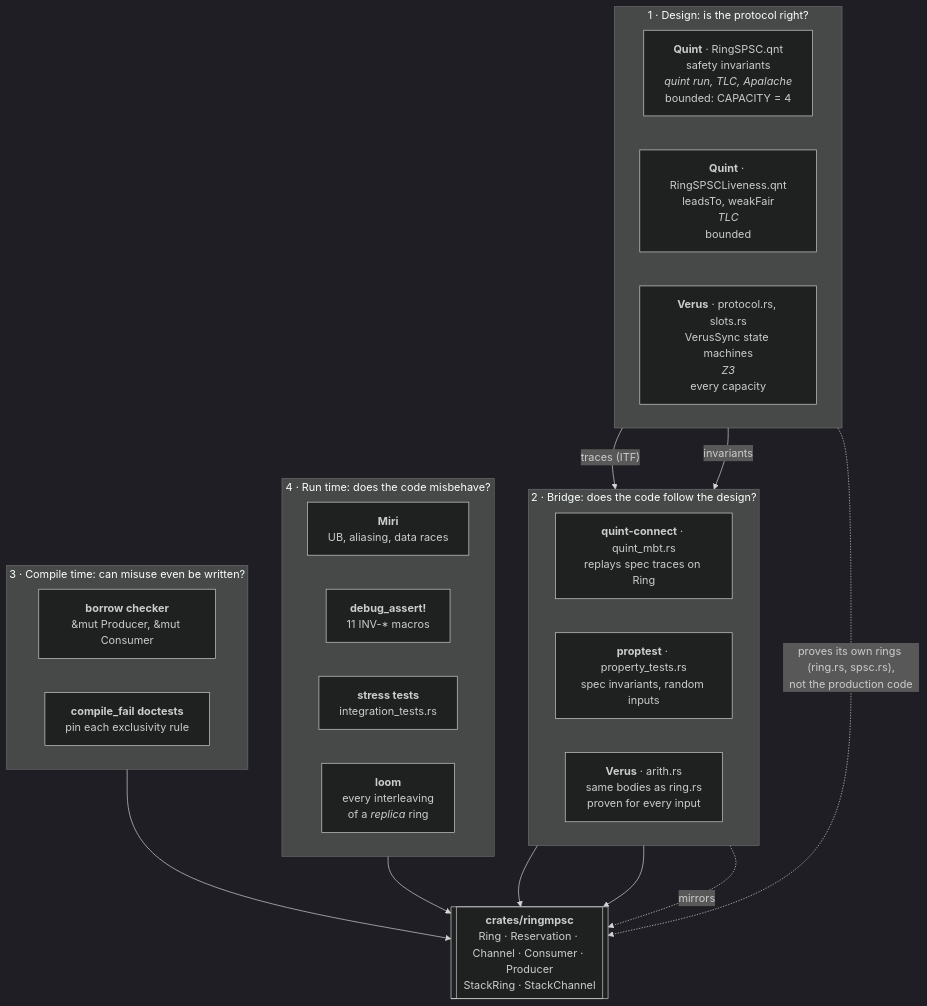
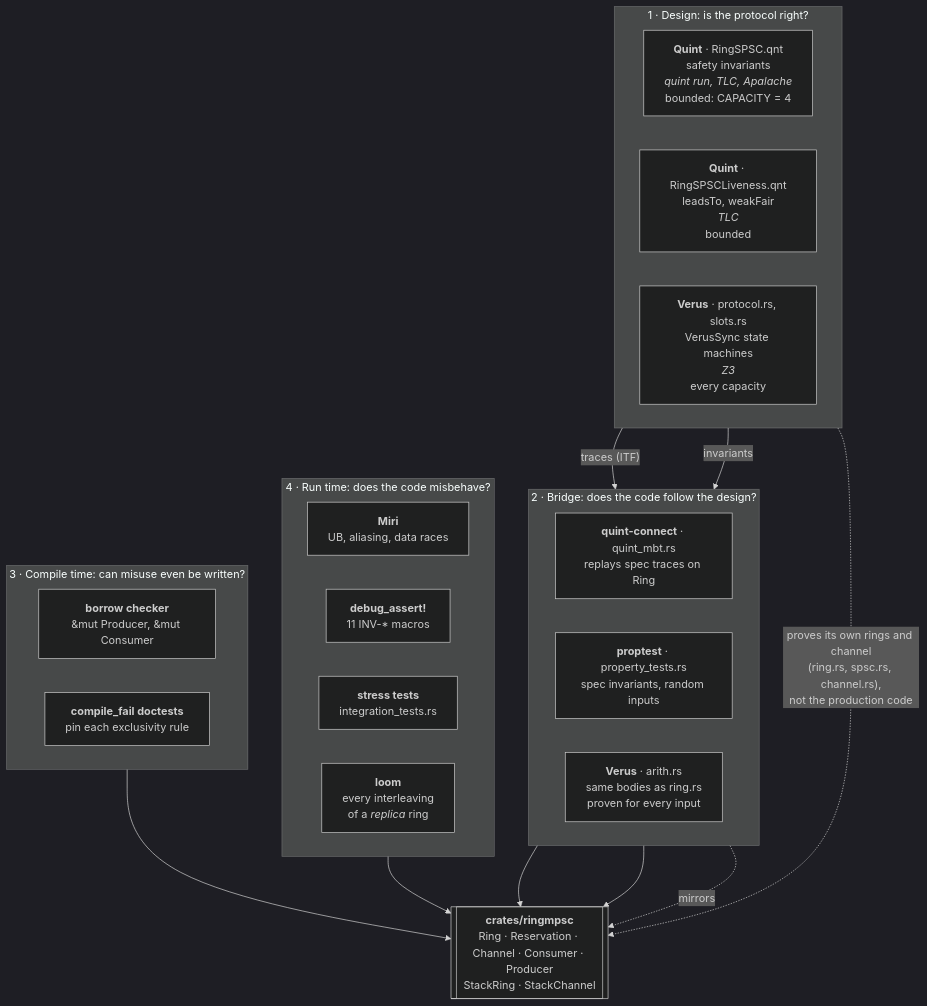
One commit to debasishg/ringmpsc-rs changed the first of 2 diagrams in docs/VERIFICATION_ARCHITECTURE.md. Above: the diagram before and after it, drawn with Mermaid (dark theme). The commit also changed other lines of this file and 6 other files, not shown here.

````diff
--- a/docs/VERIFICATION_ARCHITECTURE.md
+++ b/docs/VERIFICATION_ARCHITECTURE.md
@@ -9,41 +9,41 @@
 ```mermaid
 flowchart TB
     subgraph DESIGN["1 · Design: is the protocol right?"]
         direction LR
         QS["<b>Quint</b> · RingSPSC.qnt<br/>safety invariants<br/><i>quint run, TLC, Apalache</i><br/>bounded: CAPACITY = 4"]
         QL["<b>Quint</b> · RingSPSCLiveness.qnt<br/>leadsTo, weakFair<br/><i>TLC</i><br/>bounded"]
         VP["<b>Verus</b> · protocol.rs, slots.rs<br/>VerusSync state machines<br/><i>Z3</i><br/>every capacity"]
     end
 
     subgraph BRIDGE["2 · Bridge: does the code follow the design?"]
         direction LR
         MBT["<b>quint-connect</b> · quint_mbt.rs<br/>replays spec traces on Ring"]
         PT["<b>proptest</b> · property_tests.rs<br/>spec invariants, random inputs"]
         VA["<b>Verus</b> · arith.rs<br/>same bodies as ring.rs<br/>proven for every input"]
     end
 
     CODE[["<b>crates/ringmpsc</b><br/>Ring · Reservation · Channel · Consumer · Producer<br/>StackRing · StackChannel"]]
 
     subgraph STATIC["3 · Compile time: can misuse even be written?"]
         direction LR
         BC["<b>borrow checker</b><br/>&mut Producer, &mut Consumer"]
         CF["<b>compile_fail doctests</b><br/>pin each exclusivity rule"]
     end
 
     subgraph DYNAMIC["4 · Run time: does the code misbehave?"]
         direction LR
         MIRI["<b>Miri</b><br/>UB, aliasing, data races"]
         DA["<b>debug_assert!</b><br/>11 INV-* macros"]
         ST["<b>stress tests</b><br/>integration_tests.rs"]
         LOOM["<b>loom</b><br/>every interleaving<br/>of a <i>replica</i> ring"]
     end
 
     QS -- "traces (ITF)" --> MBT
     QS -- "invariants" --> PT
     MBT --> CODE
     PT --> CODE
     VA -. "mirrors" .-> CODE
-    VP -. "proves its own rings (ring.rs, spsc.rs),<br/>not the production code" .-> CODE
+    VP -. "proves its own rings and channel<br/>(ring.rs, spsc.rs, channel.rs),<br/>not the production code" .-> CODE
     STATIC --> CODE
     DYNAMIC --> CODE
 ```
````
